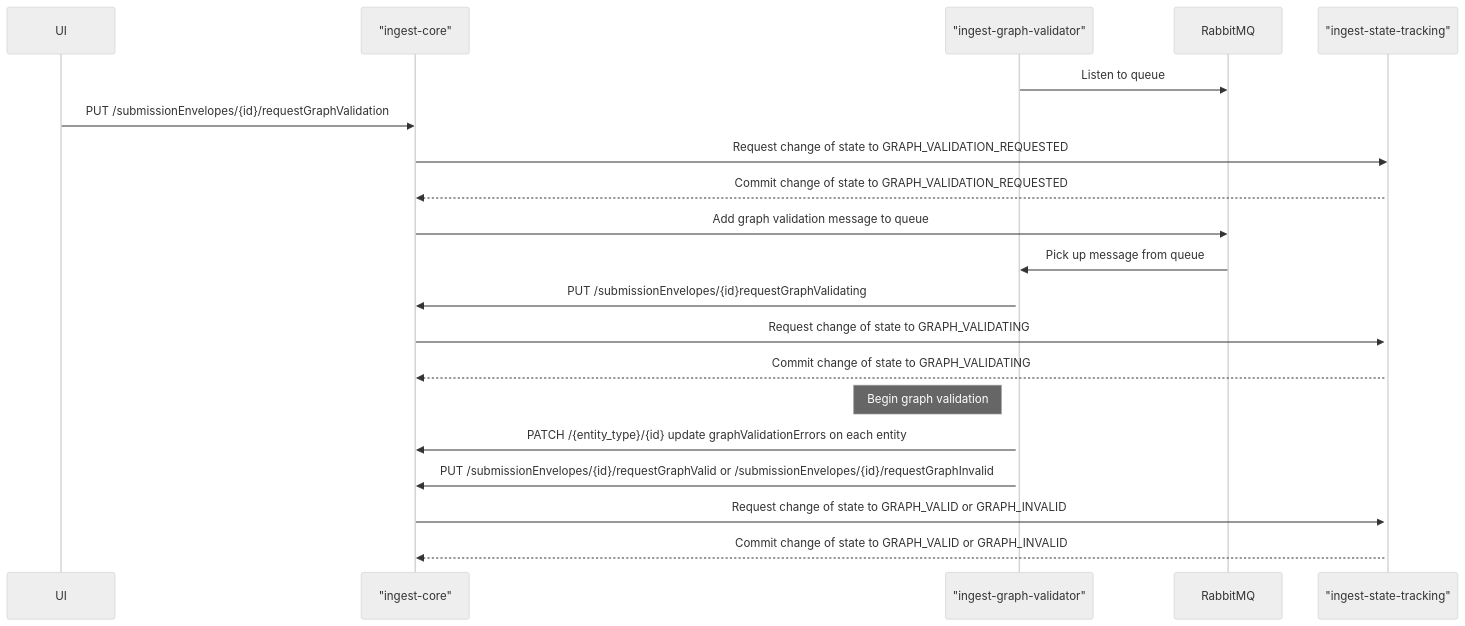
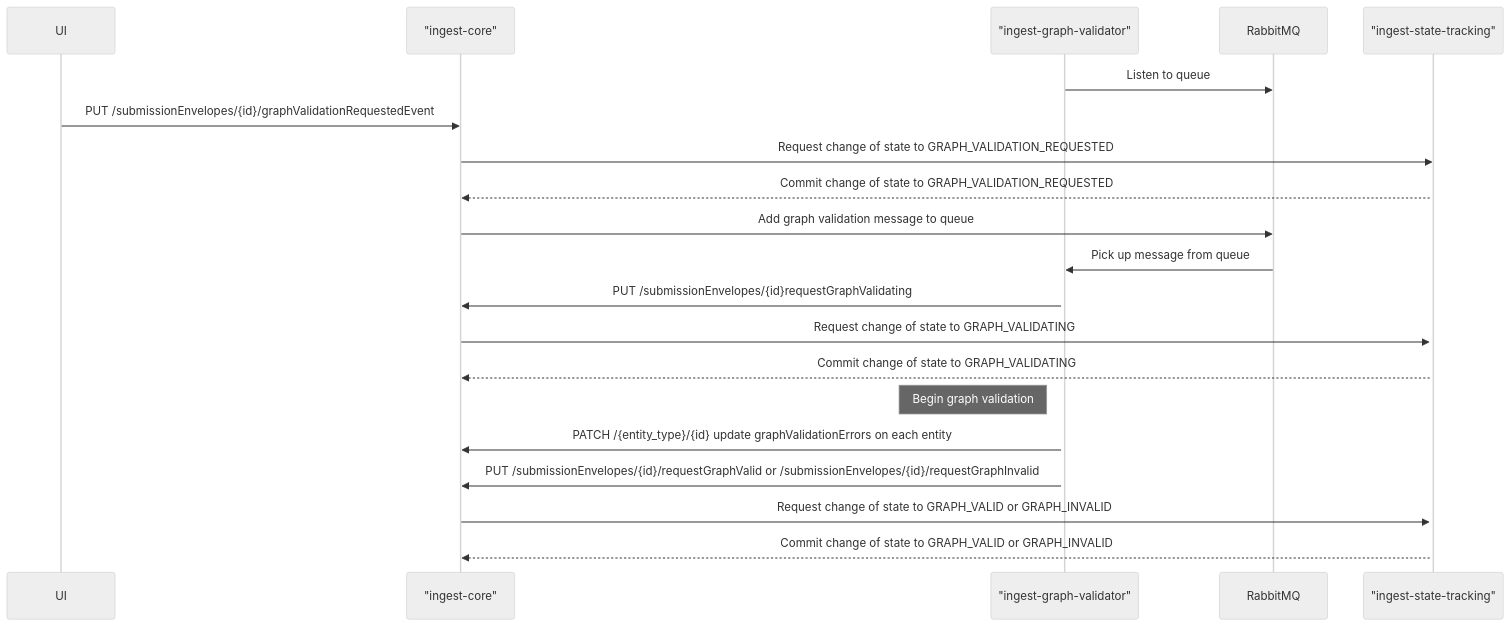
The diagram in README.md (ebi-ait/ingest-graph-validator), drawn with Mermaid (neutral theme) before and after one commit.

````diff
--- a/README.md
+++ b/README.md
@@ -101,28 +101,28 @@
 ```mermaid
 sequenceDiagram
 
     participant UI
     participant c as "ingest-core"
     participant gv as "ingest-graph-validator"
     participant q as RabbitMQ
     participant st as "ingest-state-tracking"
 
     gv->>q: Listen to queue
-    UI->>c: PUT /submissionEnvelopes/{id}/requestGraphValidation
+    UI->>c: PUT /submissionEnvelopes/{id}/graphValidationRequestedEvent
     c->>st: Request change of state to GRAPH_VALIDATION_REQUESTED
     activate st
     st-->>c: Commit change of state to GRAPH_VALIDATION_REQUESTED
     c->>q: Add graph validation message to queue
     q->>gv: Pick up message from queue
     activate gv
     gv->>c: PUT /submissionEnvelopes/{id}requestGraphValidating
     c->>st: Request change of state to GRAPH_VALIDATING
     activate st
     st-->>c: Commit change of state to GRAPH_VALIDATING
     note left of gv: Begin graph validation
     gv->>c: PATCH /{entity_type}/{id} update graphValidationErrors on each entity
     gv->>c: PUT /submissionEnvelopes/{id}/requestGraphValid or /submissionEnvelopes/{id}/requestGraphInvalid
     c->>st: Request change of state to GRAPH_VALID or GRAPH_INVALID
     activate st
     st-->>c: Commit change of state to GRAPH_VALID or GRAPH_INVALID
 ```
````
